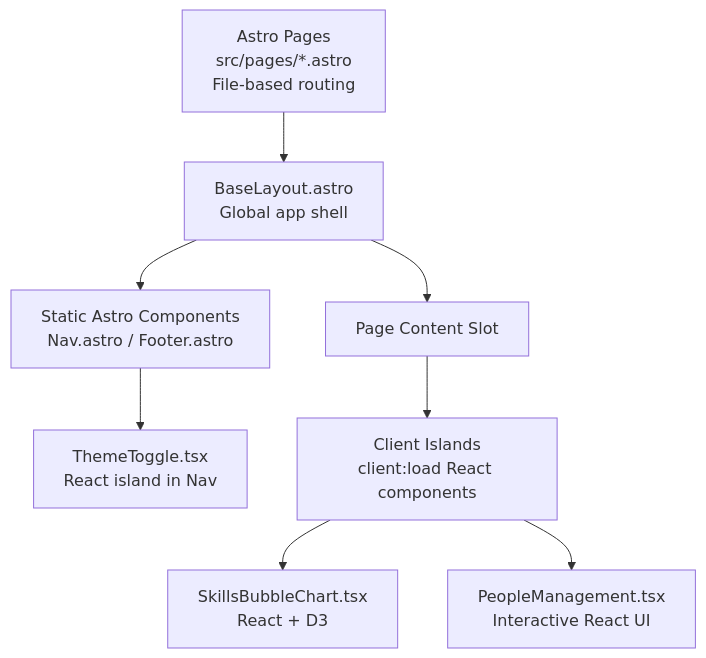
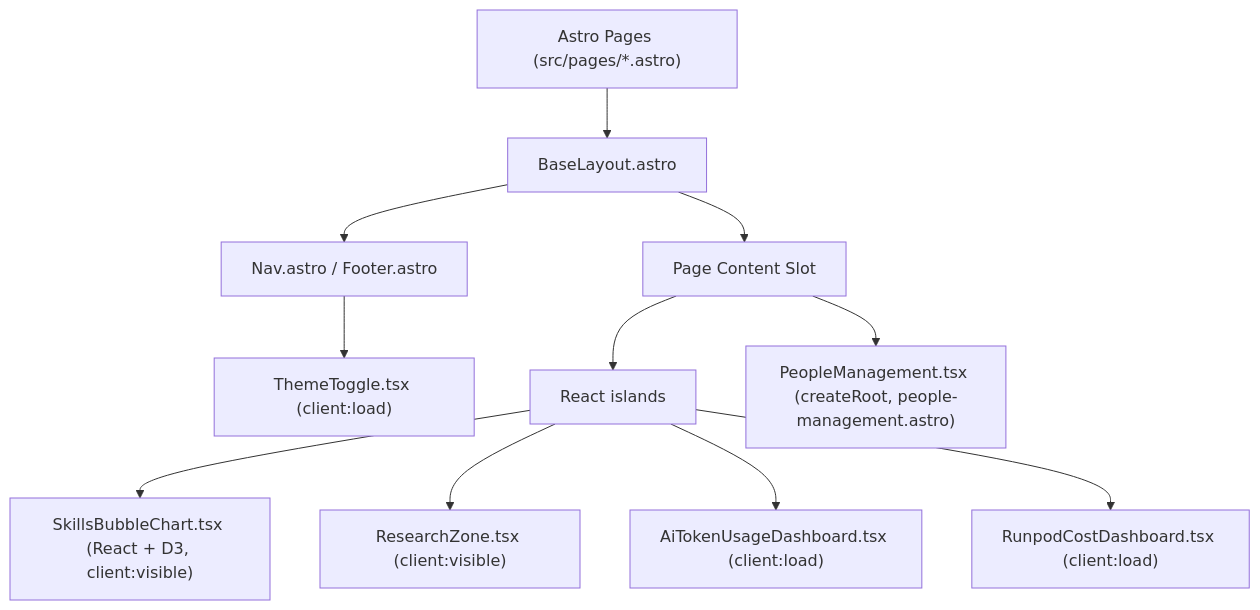
One commit to Vinskao/ty-multiverse changed the third of 6 diagrams in README.md. Above: the diagram before and after it, drawn with Mermaid. The commit also changed other lines of this file, not shown here.

First line of the commit message:
docs(readme): refresh architecture diagrams to match current code

````diff
--- a/README.md
+++ b/README.md
@@ -77,11 +106,13 @@
 ```mermaid
 graph TD
-    A[Astro Pages<br/>src/pages/*.astro<br/>File-based routing] --> B[BaseLayout.astro<br/>Global app shell]
-    B --> C[Static Astro Components<br/>Nav.astro / Footer.astro]
-    B --> D[Page Content Slot]
-
-    C --> E[ThemeToggle.tsx<br/>React island in Nav]
-    D --> F[Client Islands<br/>client:load React components]
-    F --> G[SkillsBubbleChart.tsx<br/>React + D3]
-    F --> H[PeopleManagement.tsx<br/>Interactive React UI]
+    A["Astro Pages (src/pages/*.astro)"] --> B["BaseLayout.astro"]
+    B --> C["Nav.astro / Footer.astro"]
+    B --> D["Page Content Slot"]
+    C --> E["ThemeToggle.tsx (client:load)"]
+    D --> F["React islands"]
+    F --> G["SkillsBubbleChart.tsx (React + D3, client:visible)"]
+    F --> H["ResearchZone.tsx (client:visible)"]
+    F --> I["AiTokenUsageDashboard.tsx (client:load)"]
+    F --> J["RunpodCostDashboard.tsx (client:load)"]
+    D --> K["PeopleManagement.tsx (createRoot, people-management.astro)"]
 ```
````
